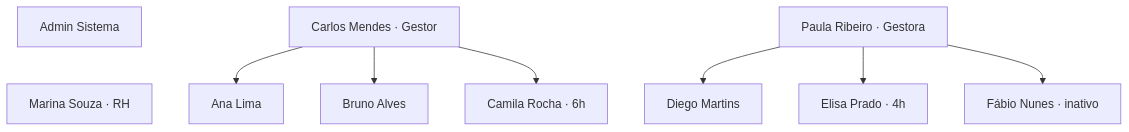
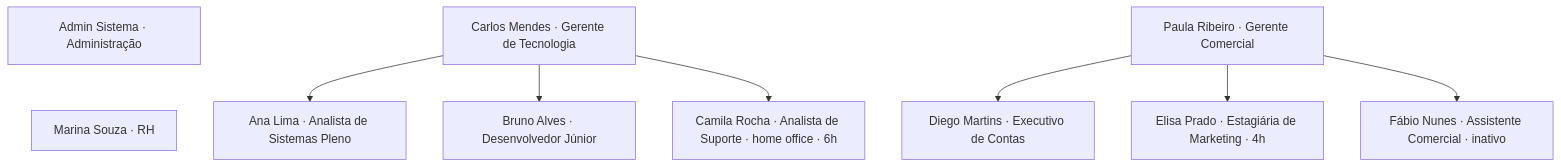
The diagram in docs/04-perfis-e-usuarios-ficticios.md (GuedesIgor/AxSys-IT), drawn with Mermaid before and after one commit. The commit also changed other lines of this file and 11 other files, not shown here.

````diff
--- a/docs/04-perfis-e-usuarios-ficticios.md
+++ b/docs/04-perfis-e-usuarios-ficticios.md
@@ -31,14 +41,14 @@
 ```mermaid
 flowchart TD
-    ADM[Admin Sistema]
+    ADM[Admin Sistema · Administração]
     RH[Marina Souza · RH]
-    G1[Carlos Mendes · Gestor]
-    G2[Paula Ribeiro · Gestora]
-    G1 --> A[Ana Lima]
-    G1 --> B[Bruno Alves]
-    G1 --> C[Camila Rocha · 6h]
-    G2 --> D[Diego Martins]
-    G2 --> E[Elisa Prado · 4h]
-    G2 --> F[Fábio Nunes · inativo]
+    G1[Carlos Mendes · Gerente de Tecnologia]
+    G2[Paula Ribeiro · Gerente Comercial]
+    G1 --> A[Ana Lima · Analista de Sistemas Pleno]
+    G1 --> B[Bruno Alves · Desenvolvedor Júnior]
+    G1 --> C[Camila Rocha · Analista de Suporte · home office · 6h]
+    G2 --> D[Diego Martins · Executivo de Contas]
+    G2 --> E[Elisa Prado · Estagiária de Marketing · 4h]
+    G2 --> F[Fábio Nunes · Assistente Comercial · inativo]
     ADM ~~~ RH
 ```
````
